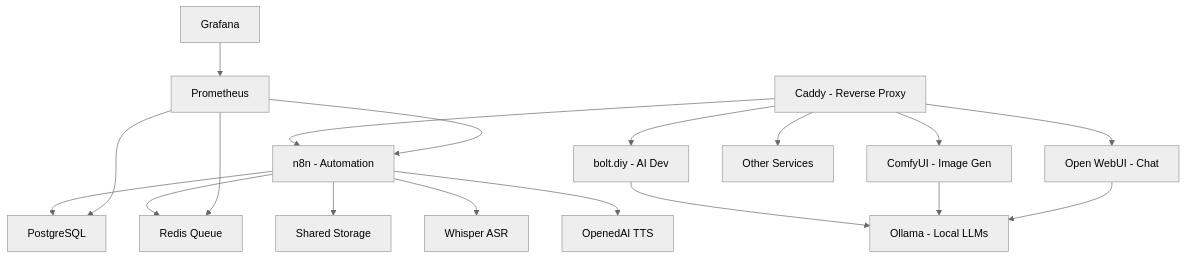
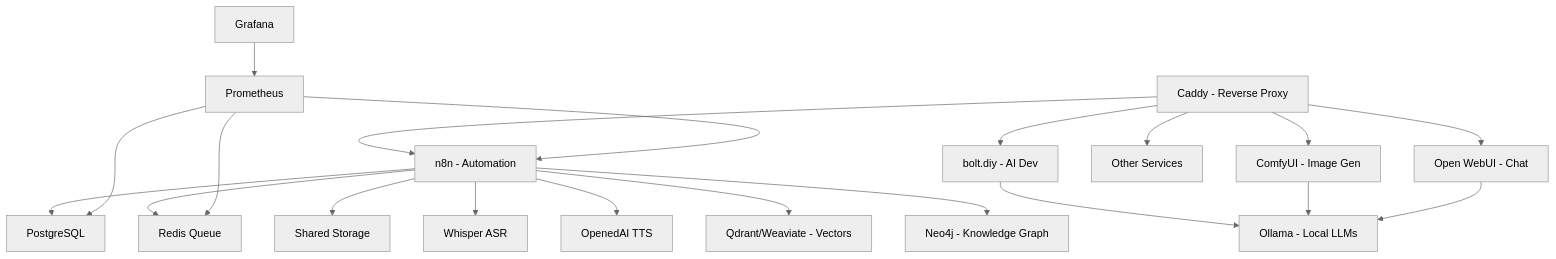
One commit to tjcork/ai-launchkit changed the diagram in README.md. Above: the diagram before and after it, drawn with Mermaid (neutral theme). The commit also changed other lines of this file, not shown here.

````diff
--- a/README.md
+++ b/README.md
@@ -634,24 +658,27 @@
 ```mermaid
 graph TD
     A[Caddy - Reverse Proxy] --> B[n8n - Automation]
     A --> C[bolt.diy - AI Dev]
     A --> D[ComfyUI - Image Gen]
     A --> E[Open WebUI - Chat]
     A --> F[Other Services]
     
     B --> G[PostgreSQL]
     B --> H[Redis Queue]
     B --> I[Shared Storage]
     
     B --> M[Whisper ASR]
     B --> N[OpenedAI TTS]
     
+    B --> O[Qdrant/Weaviate - Vectors]
+    B --> P[Neo4j - Knowledge Graph]
+    
     C --> J[Ollama - Local LLMs]
     D --> J
     E --> J
     
     K[Grafana] --> L[Prometheus]
     L --> B
     L --> G
     L --> H
 ```
````
